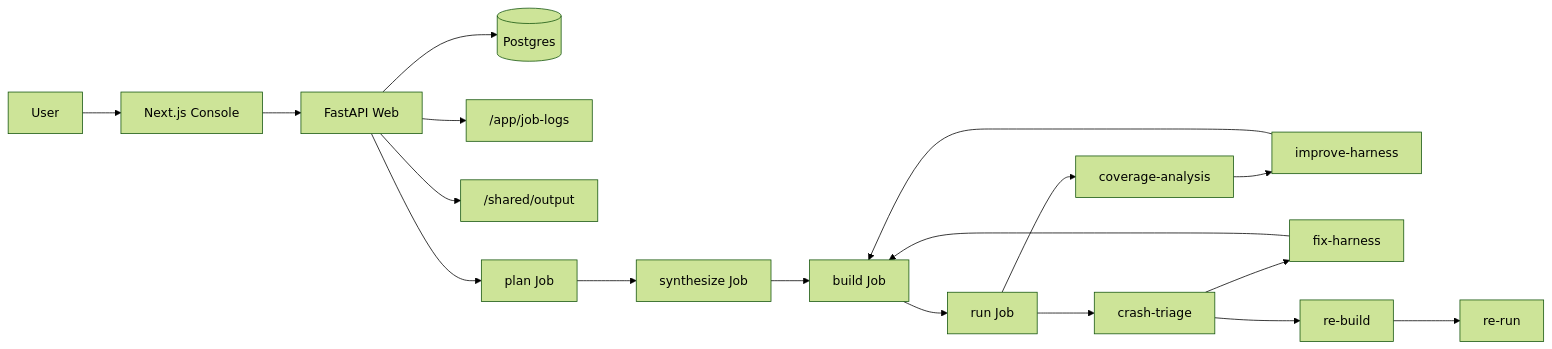
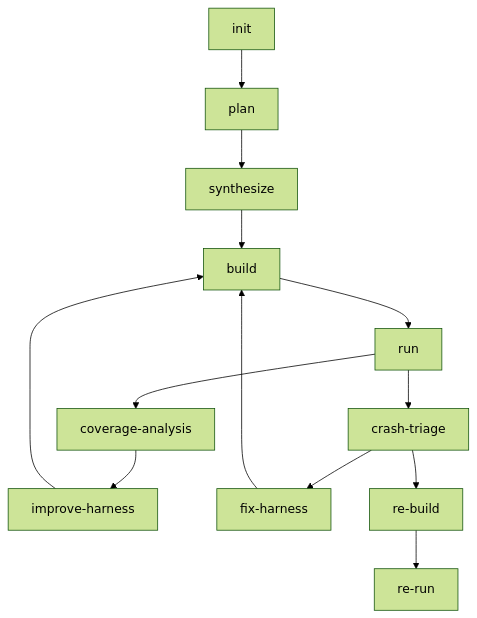
Before and after one commit to ZUENS2020/Sherpa: the second of 2 diagrams in README.md, drawn with Mermaid (forest theme). The commit also changed other lines of this file and 17 other files, not shown here.

````diff
--- a/README.md
+++ b/README.md
@@ -23,21 +36,15 @@
 ```mermaid
-flowchart LR
-  U["User"] --> FE["Next.js Console"]
-  FE --> API["FastAPI Web"]
-  API --> DB[("Postgres")]
-  API --> LOGS["/app/job-logs"]
-  API --> OUT["/shared/output"]
-
-  API --> PLAN["plan Job"]
-  PLAN --> SYN["synthesize Job"]
-  SYN --> BUILD["build Job"]
-  BUILD --> RUN["run Job"]
+flowchart TD
+  INIT["init"] --> PLAN["plan"]
+  PLAN --> SYN["synthesize"]
+  SYN --> BUILD["build"]
+  BUILD --> RUN["run"]
   RUN --> CA["coverage-analysis"]
   CA --> IH["improve-harness"]
   IH --> BUILD
   RUN --> TRIAGE["crash-triage"]
   TRIAGE --> FH["fix-harness"]
   FH --> BUILD
   TRIAGE --> RB["re-build"]
   RB --> RR["re-run"]
 ```
````
